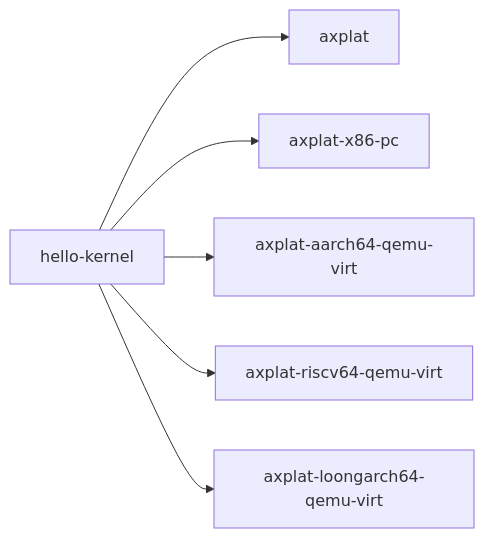
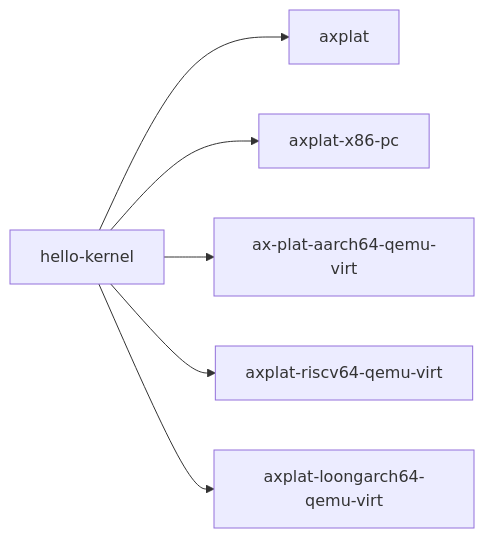
One commit to zKurisu/tgoskits changed the second of 2 diagrams in docs/crates/hello-kernel.md. Above: the diagram before and after it, drawn with Mermaid. The commit also changed other lines of this file and 35 other files, not shown here.

````diff
--- a/docs/crates/hello-kernel.md
+++ b/docs/crates/hello-kernel.md
@@ -78,8 +78,8 @@
 ```mermaid
 graph LR
     sample["hello-kernel"] --> axplat["axplat"]
     sample --> x86["axplat-x86-pc"]
-    sample --> a64["axplat-aarch64-qemu-virt"]
+    sample --> a64["ax-plat-aarch64-qemu-virt"]
     sample --> rv["axplat-riscv64-qemu-virt"]
     sample --> loong["axplat-loongarch64-qemu-virt"]
 ```
````
